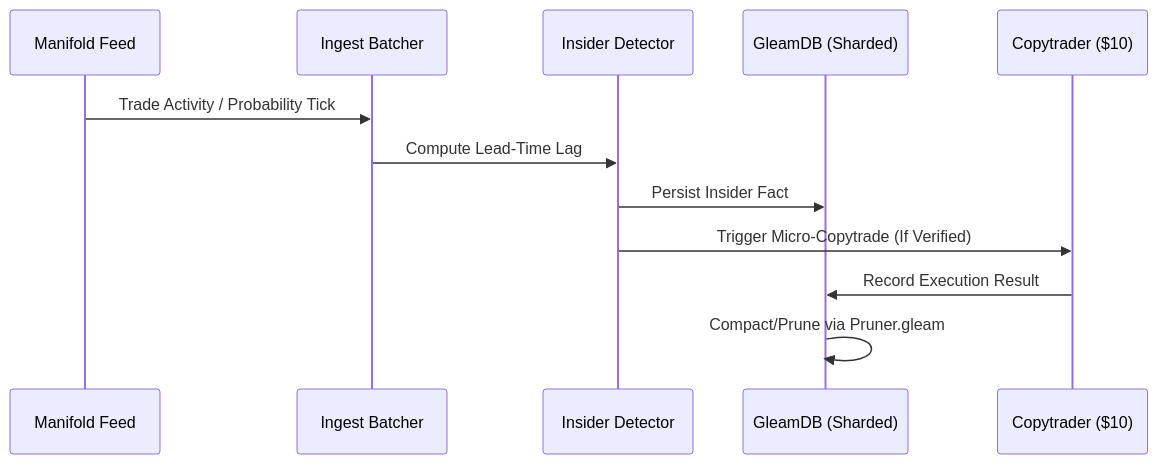
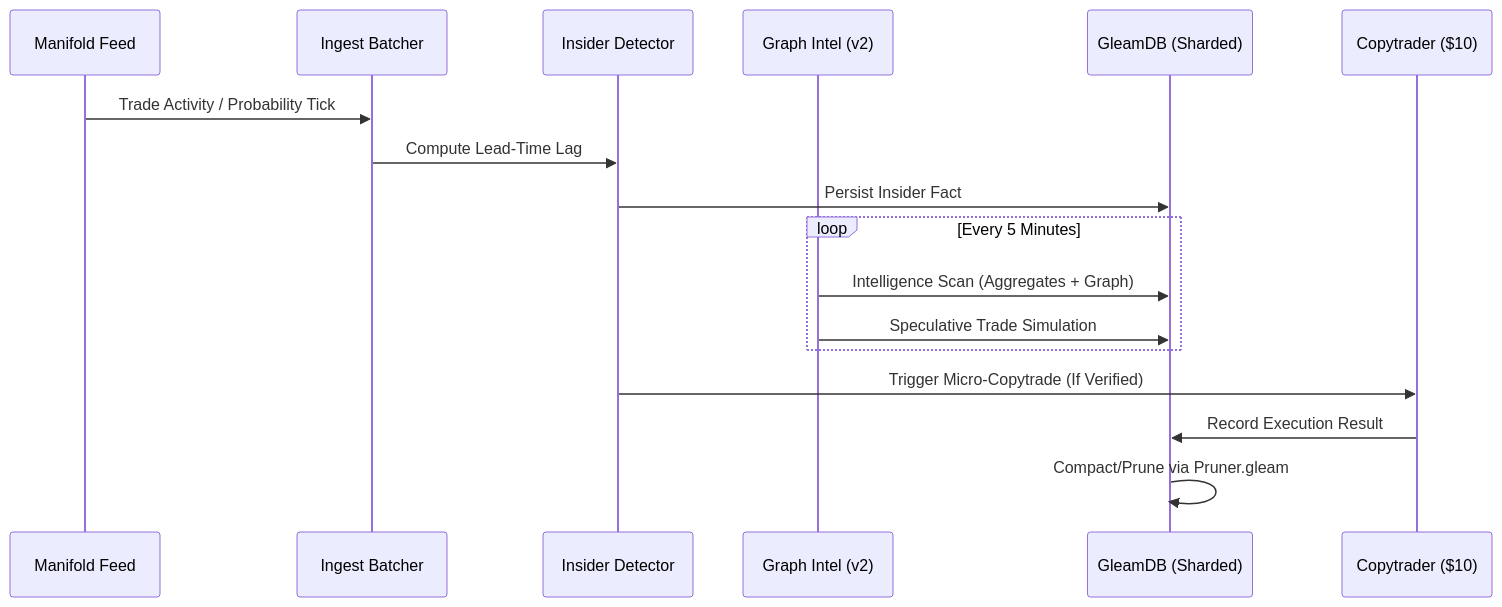
Before and after one commit to criticalinsight/gswarm: the diagram in docs/architecture.md, drawn with Mermaid. The commit also changed other lines of this file and 2 other files, not shown here.

Commit message:
Update gswarm docs to reflect GleamDB v2.0 integration

````diff
--- a/docs/architecture.md
+++ b/docs/architecture.md
@@ -29,15 +36,22 @@
 ```mermaid
 sequenceDiagram
     participant F as Manifold Feed
     participant B as Ingest Batcher
     participant I as Insider Detector
+    participant GI as Graph Intel (v2)
     participant G as GleamDB (Sharded)
     participant C as Copytrader ($10)
     
     F->>B: Trade Activity / Probability Tick
     B->>I: Compute Lead-Time Lag
     I->>G: Persist Insider Fact
+    
+    loop Every 5 Minutes
+        GI->>G: Intelligence Scan (Aggregates + Graph)
+        GI->>G: Speculative Trade Simulation
+    end
+
     I->>C: Trigger Micro-Copytrade (If Verified)
     C->>G: Record Execution Result
     G->>G: Compact/Prune via Pruner.gleam
 ```
````
